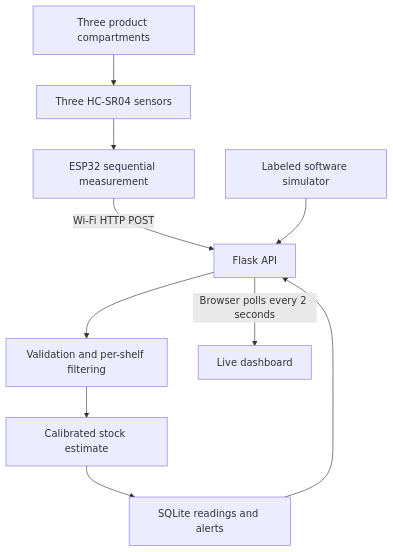
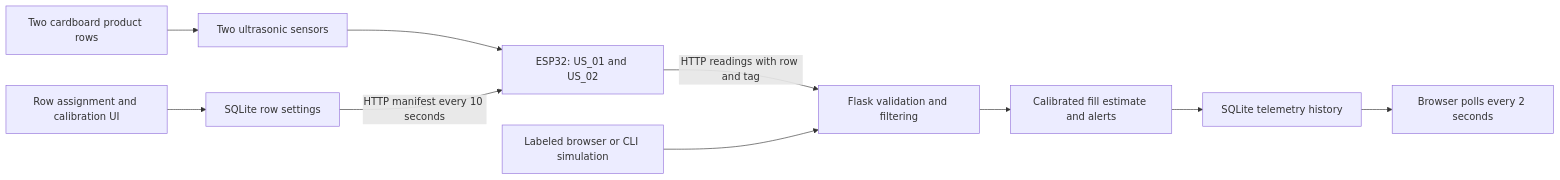
The diagram in docs/architecture.md (charan0820/Storage_Management_System), drawn with Mermaid before and after one commit. The commit also changed other lines of this file and 29 other files, not shown here.

````diff
--- a/docs/architecture.md
+++ b/docs/architecture.md
@@ -8,12 +7,12 @@
 ```mermaid
-flowchart TD
-  A[Three product compartments] --> B[Three HC-SR04 sensors]
-  B --> C[ESP32 sequential measurement]
-  C -->|Wi-Fi HTTP POST| D[Flask API]
-  D --> E[Validation and per-shelf filtering]
-  E --> F[Calibrated stock estimate]
-  F --> G[SQLite readings and alerts]
-  G --> D
-  D -->|Browser polls every 2 seconds| H[Live dashboard]
-  I[Labeled software simulator] --> D
+flowchart LR
+  A[Two cardboard product rows] --> B[Two ultrasonic sensors]
+  B --> C[ESP32: US_01 and US_02]
+  C -->|HTTP readings with row and tag| D[Flask validation and filtering]
+  E[Row assignment and calibration UI] --> F[SQLite row settings]
+  F -->|HTTP manifest every 10 seconds| C
+  D --> G[Calibrated fill estimate and alerts]
+  G --> H[SQLite telemetry history]
+  H --> I[Browser polls every 2 seconds]
+  J[Labeled browser or CLI simulation] --> D
 ```
````
